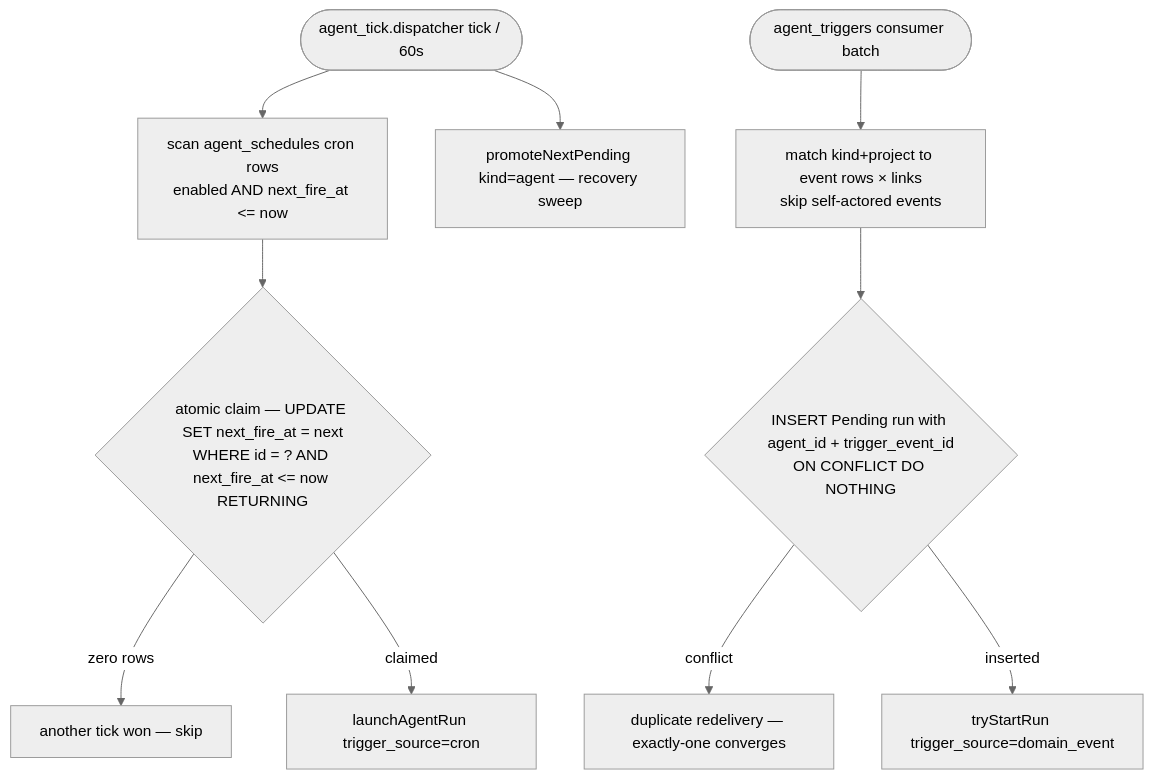
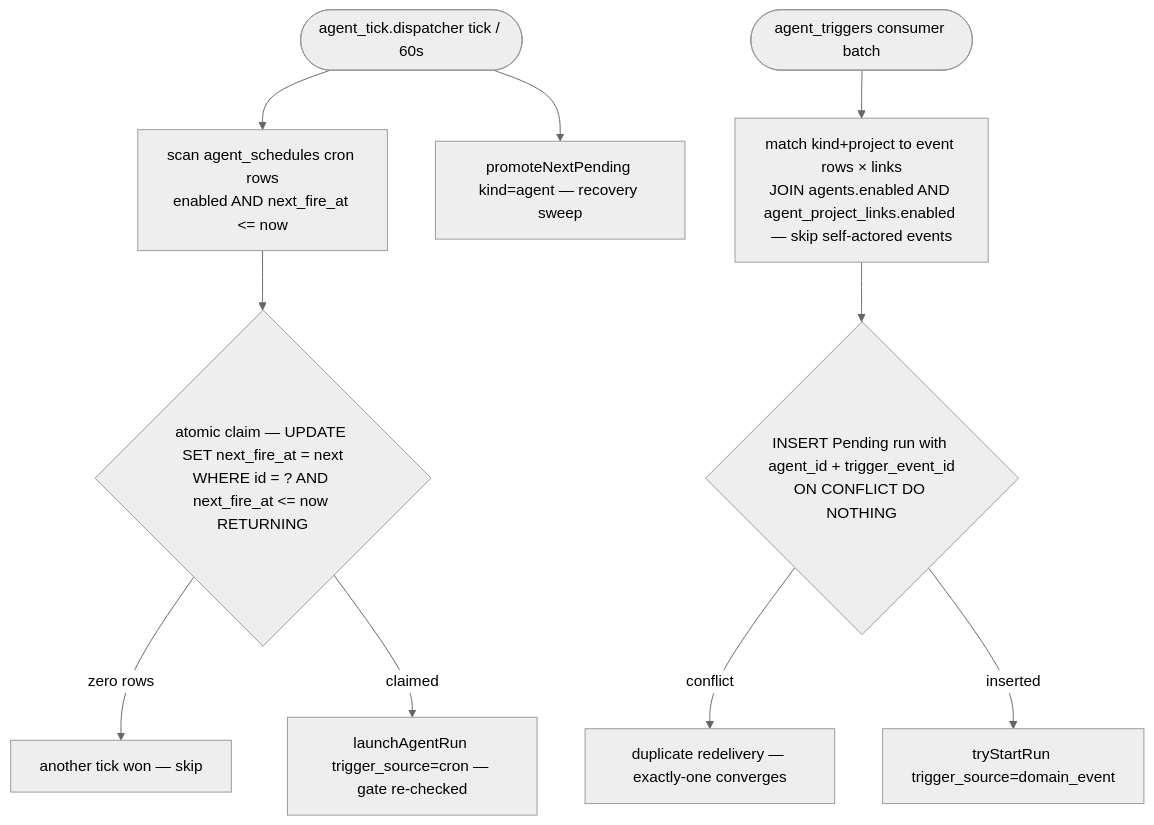
The fifth of 9 diagrams in docs/system-analytics/agents.md (maister-dev/maister), drawn with Mermaid (neutral theme) before and after one commit. The commit also changed other lines of this file and 8 other files, not shown here.

````diff
--- a/docs/system-analytics/agents.md
+++ b/docs/system-analytics/agents.md
@@ -154,12 +205,12 @@
 ```mermaid
 flowchart TD
     T([agent_tick.dispatcher tick / 60s]) --> Q[scan agent_schedules cron rows<br/>enabled AND next_fire_at <= now]
     Q --> CL{atomic claim — UPDATE SET next_fire_at = next<br/>WHERE id = ? AND next_fire_at <= now RETURNING}
     CL -- zero rows --> SKIP[another tick won — skip]
-    CL -- claimed --> LA[launchAgentRun trigger_source=cron]
+    CL -- claimed --> LA[launchAgentRun trigger_source=cron — gate re-checked]
     T --> PR[promoteNextPending kind=agent — recovery sweep]
-    D([agent_triggers consumer batch]) --> M[match kind+project to event rows × links<br/>skip self-actored events]
+    D([agent_triggers consumer batch]) --> M[match kind+project to event rows × links<br/>JOIN agents.enabled AND agent_project_links.enabled — skip self-actored events]
     M --> INS{INSERT Pending run with agent_id + trigger_event_id<br/>ON CONFLICT DO NOTHING}
     INS -- conflict --> DUP[duplicate redelivery — exactly-one converges]
     INS -- inserted --> LB[tryStartRun trigger_source=domain_event]
 ```
````
